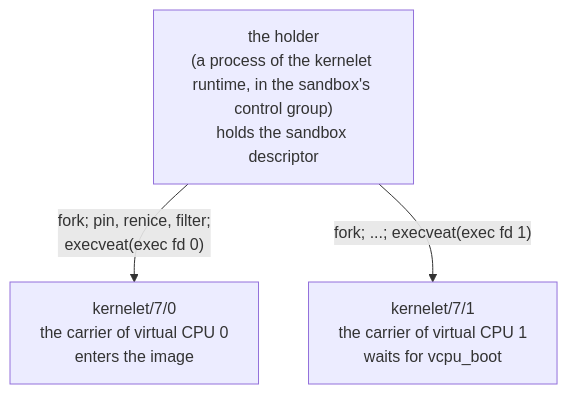
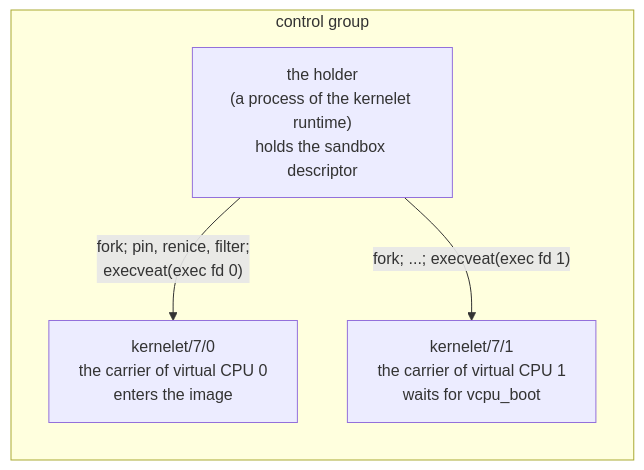
One commit to Plucky923/kernelet changed the first of 3 diagrams in src/the-kernelet-uapi.md. Above: the diagram before and after it, drawn with Mermaid. The commit also changed other lines of this file and 5 other files, not shown here.

````diff
--- a/src/the-kernelet-uapi.md
+++ b/src/the-kernelet-uapi.md
@@ -133,6 +141,9 @@
 ```mermaid
 flowchart TB
-    h["the holder<br/>(a process of the kernelet runtime, in the sandbox's control group)<br/>holds the sandbox descriptor"]
-    h -- "fork; pin, renice, filter;<br/>execveat(exec fd 0)" --> c0["kernelet/7/0<br/>the carrier of virtual CPU 0<br/>enters the image"]
-    h -- "fork; ...; execveat(exec fd 1)" --> c1["kernelet/7/1<br/>the carrier of virtual CPU 1<br/>waits for vcpu_boot"]
+    subgraph cg["control group"]
+        direction TB
+        h["the holder<br/>(a process of the kernelet runtime)<br/>holds the sandbox descriptor"]
+        h -- "fork; pin, renice, filter;<br/>execveat(exec fd 0)" --> c0["kernelet/7/0<br/>the carrier of virtual CPU 0<br/>enters the image"]
+        h -- "fork; ...; execveat(exec fd 1)" --> c1["kernelet/7/1<br/>the carrier of virtual CPU 1<br/>waits for vcpu_boot"]
+    end
 ```
````
